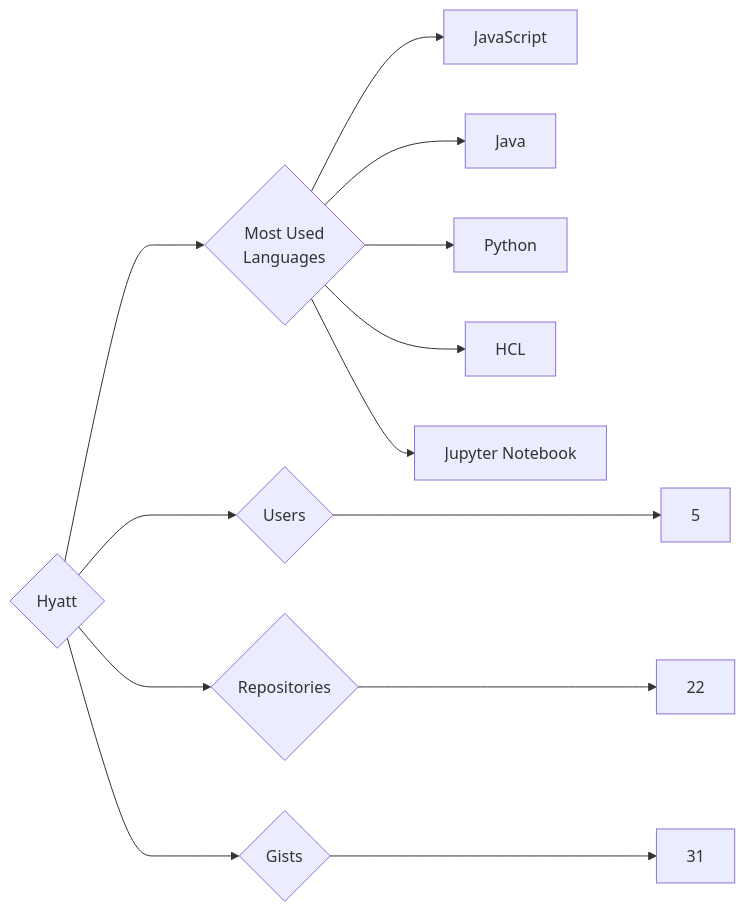
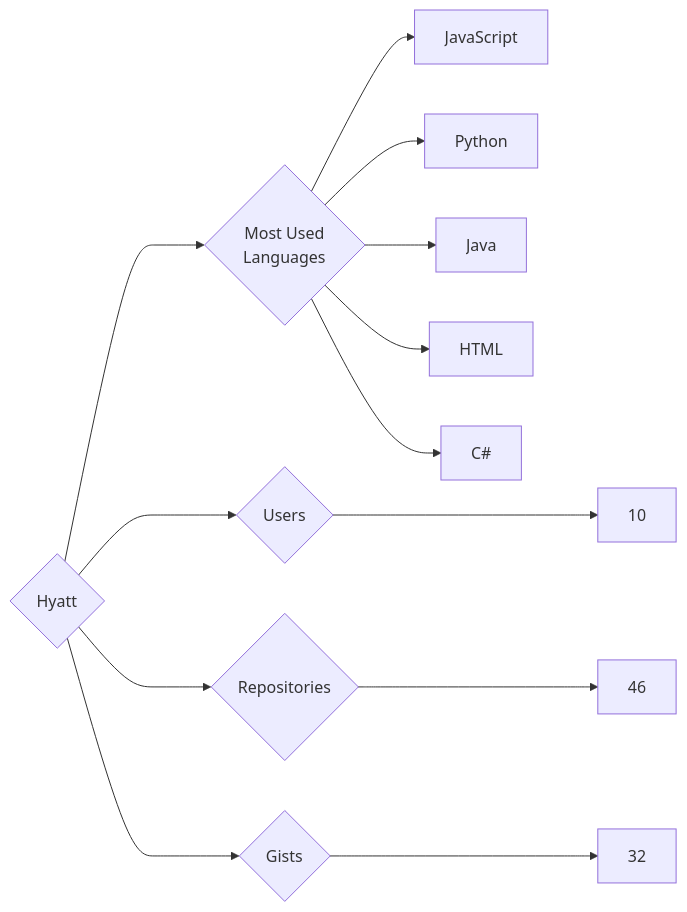
One commit to trickest/insiders changed the diagram in targets/Hyatt/README.md. Above: the diagram before and after it, drawn with Mermaid. The commit also changed 882 other files, not shown here.

````diff
--- a/targets/Hyatt/README.md
+++ b/targets/Hyatt/README.md
@@ -3,13 +3,13 @@
 ```mermaid
 graph LR
 COMPANY_NAME{Hyatt}
-COMPANY_NAME ---> U{Users} ---> UN[5]
-COMPANY_NAME ---> R{Repositories} ---> RN[22]
-COMPANY_NAME ---> G{Gists} ---> GN[31]
+COMPANY_NAME ---> U{Users} ---> UN[10]
+COMPANY_NAME ---> R{Repositories} ---> RN[46]
+COMPANY_NAME ---> G{Gists} ---> GN[32]
 COMPANY_NAME ---> ML{Most Used<br>Languages}
 ML --> JavaScript[JavaScript]
+ML --> Python[Python]
 ML --> Java[Java]
-ML --> Python[Python]
-ML --> HCL[HCL]
-ML --> Jupyter_Notebook[Jupyter Notebook]
+ML --> HTML[HTML]
+ML --> C#[C#]
 ```
````
